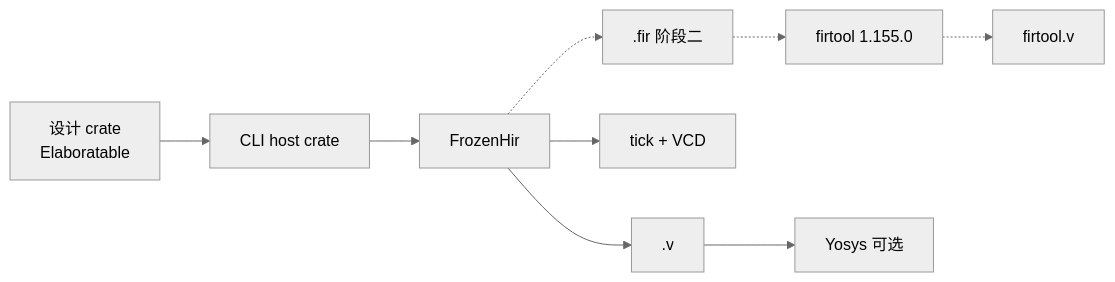
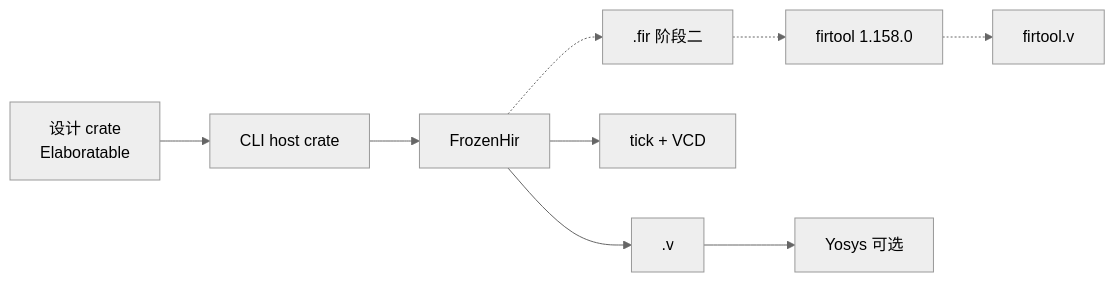
One commit to TangCan/bitloom changed the second of 2 diagrams in _agile-output/planning-artifacts/architecture/architecture-rhdl-2026-08-18/ARCHITECTURE-SPINE.md. Above: the diagram before and after it, drawn with Mermaid (neutral theme). The commit also changed other lines of this file and 46 other files, not shown here.

````diff
--- a/_agile-output/planning-artifacts/architecture/architecture-rhdl-2026-08-18/ARCHITECTURE-SPINE.md
+++ b/_agile-output/planning-artifacts/architecture/architecture-rhdl-2026-08-18/ARCHITECTURE-SPINE.md
@@ -315,11 +316,11 @@
 ```mermaid
 flowchart LR
   DES[设计 crate<br>Elaboratable] --> HOST[CLI host crate]
   HOST --> HIR[FrozenHir]
   HIR --> V[.v]
   HIR --> S[tick + VCD]
   HIR -.-> F[.fir 阶段二]
-  F -.-> FT[firtool 1.155.0]
+  F -.-> FT[firtool 1.158.0]
   FT -.-> SV[firtool.v]
   V --> Y[Yosys 可选]
 ```
````
